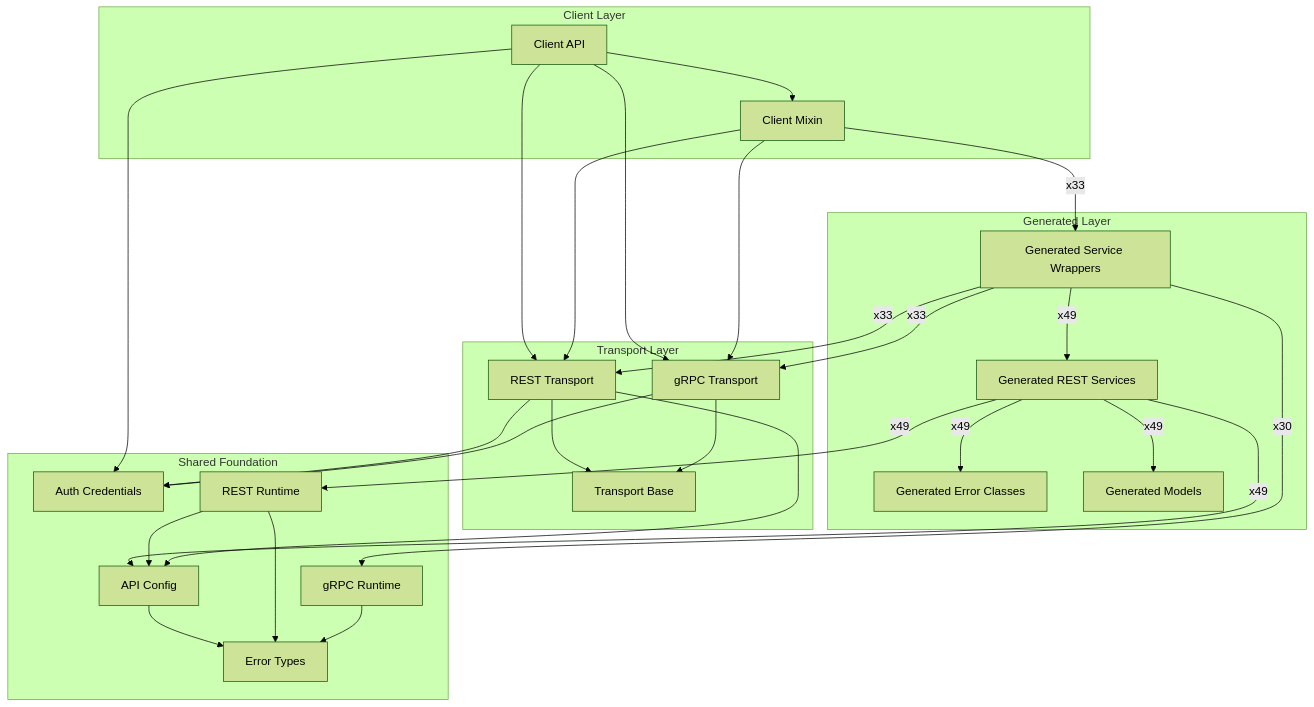
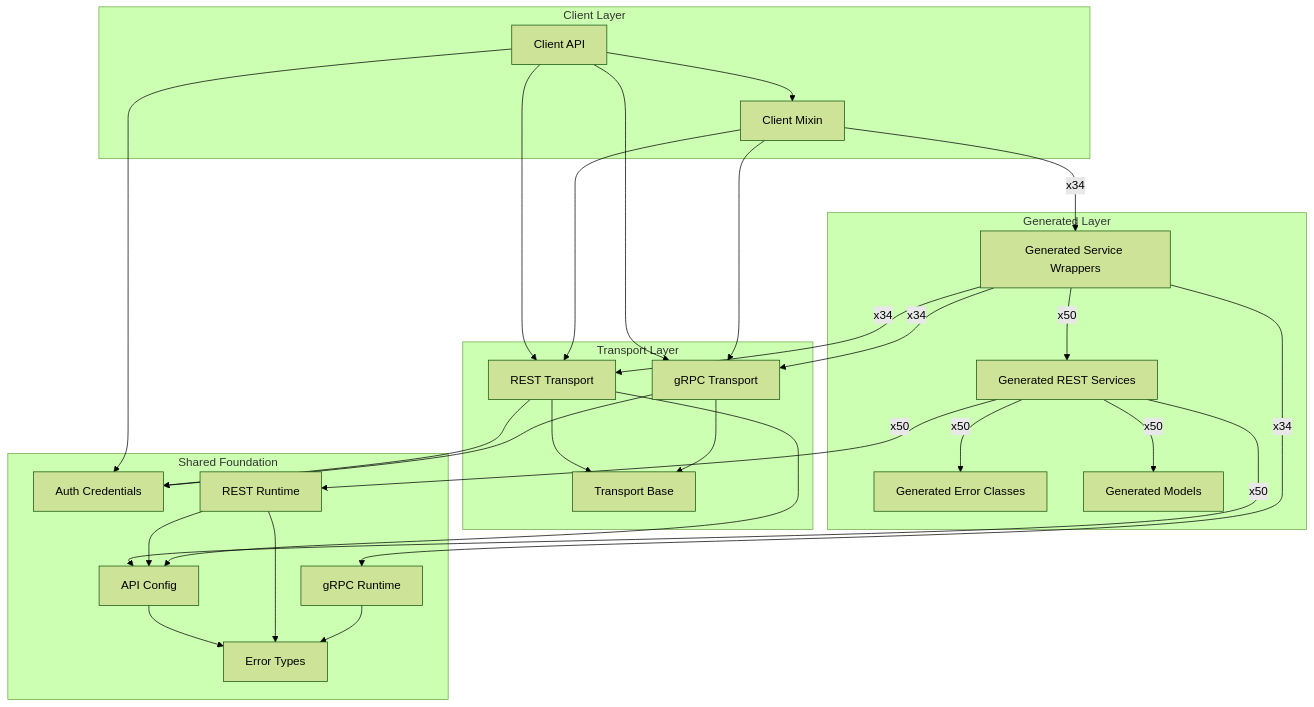
Before and after one commit to alexdearaujo/community_sdk_python: the diagram in docs/sphinx/sdk_runtime_architecture.md, drawn with Mermaid (forest theme). The commit also changed 31 other files, not shown here.

First line of the commit message:
chore: regenerate SDK from latest schema (new rbux service, deviceconf field)

````diff
--- a/docs/sphinx/sdk_runtime_architecture.md
+++ b/docs/sphinx/sdk_runtime_architecture.md
@@ -22,50 +22,50 @@
 ```mermaid
 flowchart TB
     subgraph client["Client Layer"]
         Client_API["Client API"]
         Client_Mixin["Client Mixin"]
     end
     subgraph generated["Generated Layer"]
         Generated_Error_Classes["Generated Error Classes"]
         Generated_Models["Generated Models"]
         Generated_REST_Services["Generated REST Services"]
         Generated_Service_Wrappers["Generated Service Wrappers"]
     end
     subgraph transport["Transport Layer"]
         REST_Transport["REST Transport"]
         Transport_Base["Transport Base"]
         gRPC_Transport["gRPC Transport"]
     end
     subgraph foundation["Shared Foundation"]
         API_Config["API Config"]
         Auth_Credentials["Auth Credentials"]
         Error_Types["Error Types"]
         REST_Runtime["REST Runtime"]
         gRPC_Runtime["gRPC Runtime"]
     end
 
     API_Config --> Error_Types
     Client_API --> Auth_Credentials
     Client_API --> Client_Mixin
     Client_API --> REST_Transport
     Client_API --> gRPC_Transport
-    Client_Mixin -->|"x33"| Generated_Service_Wrappers
+    Client_Mixin -->|"x34"| Generated_Service_Wrappers
     Client_Mixin --> REST_Transport
     Client_Mixin --> gRPC_Transport
-    Generated_REST_Services -->|"x49"| API_Config
-    Generated_REST_Services -->|"x49"| Generated_Error_Classes
-    Generated_REST_Services -->|"x49"| Generated_Models
-    Generated_REST_Services -->|"x49"| REST_Runtime
-    Generated_Service_Wrappers -->|"x49"| Generated_REST_Services
-    Generated_Service_Wrappers -->|"x33"| REST_Transport
-    Generated_Service_Wrappers -->|"x30"| gRPC_Runtime
-    Generated_Service_Wrappers -->|"x33"| gRPC_Transport
+    Generated_REST_Services -->|"x50"| API_Config
+    Generated_REST_Services -->|"x50"| Generated_Error_Classes
+    Generated_REST_Services -->|"x50"| Generated_Models
+    Generated_REST_Services -->|"x50"| REST_Runtime
+    Generated_Service_Wrappers -->|"x50"| Generated_REST_Services
+    Generated_Service_Wrappers -->|"x34"| REST_Transport
+    Generated_Service_Wrappers -->|"x34"| gRPC_Runtime
+    Generated_Service_Wrappers -->|"x34"| gRPC_Transport
     REST_Runtime --> API_Config
     REST_Runtime --> Error_Types
     REST_Transport --> API_Config
     REST_Transport --> Auth_Credentials
     REST_Transport --> Transport_Base
     gRPC_Runtime --> Error_Types
     gRPC_Transport --> Auth_Credentials
     gRPC_Transport --> Transport_Base
 ```
````
